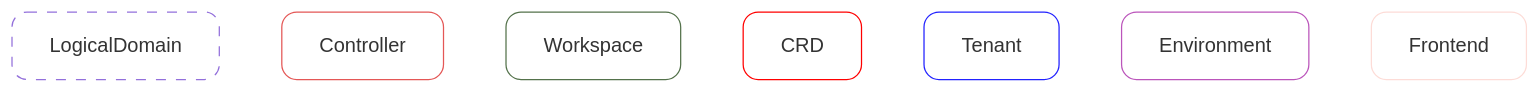
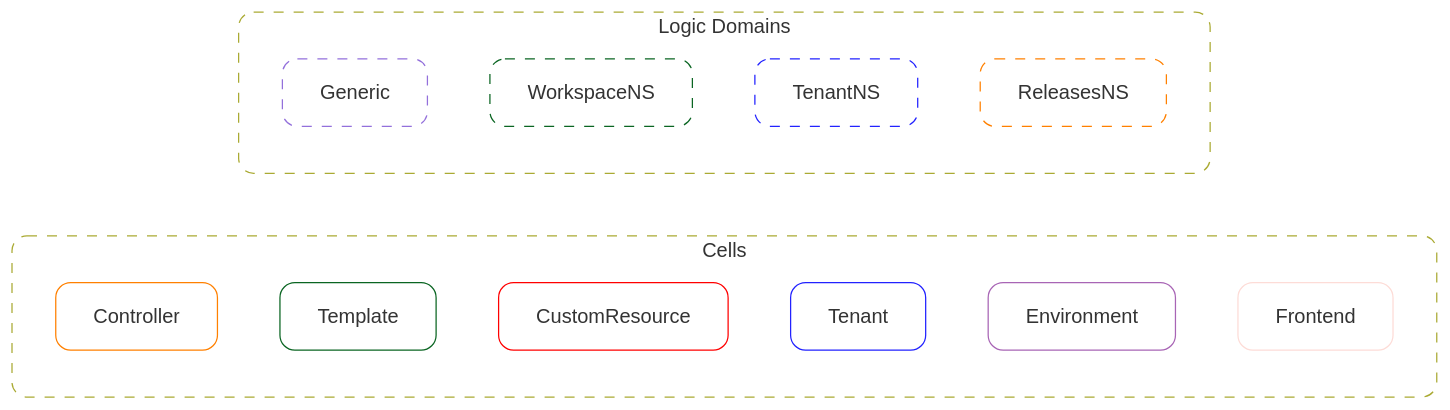
Before and after one commit to netgroup-polito/CrownLabs: the first of 8 diagrams in BIGPICTURE.md, drawn with Mermaid. The commit also changed other lines of this file, not shown here.

Commit message:
refactored of mermaid stiles

````diff
--- a/BIGPICTURE.md
+++ b/BIGPICTURE.md
@@ -3,30 +3,36 @@
 ```mermaid
 %% ==== OVERVIEW GRAPH ====
-flowchart TB
+flowchart LR
 
-LogicalDomain
-Controller
-Workspace
-CRD
-Tenant
-Environment
-Frontend
+subgraph Cells
+direction TB
+    Controller:::ControllerStyle
+    Template:::TemplateStyle
+    CustomResource:::CustomResourceStyle
+    Tenant:::TenantStyle
+    Environment:::EnvironmentStyle
+    Frontend:::FrontendStyle
+end
+subgraph Domains["Logic Domains"]
+direction TB
+    Generic:::GenericDomainStyle
+    WorkspaceNS:::WorkspaceNSStyle
+    TenantNS:::TenantNSStyle
+    ReleasesNS:::ReleasesNSStyle
+end
 
-%% Class Definitions - Border Styles (BS)
-classDef GenericDashedBS fill:none,rx:12,ry:12,stroke-dasharray:8
-classDef ControllerBS stroke:#E45756,rx:12,ry:12,fill:none
-classDef WorkspaceBS stroke:#54724B,rx:12,ry:12,fill:none
-classDef CustomResourceBS stroke:#FF0000,rx:12,ry:12,fill:none
-classDef TenantBS stroke:#2222FF,rx:12,ry:12,fill:none
-classDef EnvironmentBS stroke:#BB55BB,rx:12,ry:12,fill:none
-classDef FrontendBS stroke:#FDDCD7,rx:12,ry:12,fill:none
+%% Class Definitions
+classDef ControllerStyle stroke:#FF8000,rx:12,ry:12,fill:none
+classDef TemplateStyle stroke:#0A6522,rx:12,ry:12,fill:none
+classDef CustomResourceStyle stroke:#FF0000,rx:12,ry:12,fill:none
+classDef TenantStyle stroke:#2222FF,rx:12,ry:12,fill:none
+classDef EnvironmentStyle stroke:#A865B5,rx:12,ry:12,fill:none
+classDef FrontendStyle stroke:#FDDCD7,rx:12,ry:12,fill:none
 
-%% Class Applications
-class LogicalDomain GenericDashedBS
-class Controller ControllerBS
-class Workspace WorkspaceBS
-class CRD CustomResourceBS
-class Tenant TenantBS
-class Environment EnvironmentBS
-class Frontend FrontendBS
+classDef GenericDomainStyle fill:none,rx:12,ry:12,stroke-dasharray:8
+classDef WorkspaceNSStyle stroke:#0A6522,rx:12,ry:12,fill:none,stroke-dasharray:8
+classDef TenantNSStyle stroke:#2222FF,rx:12,ry:12,fill:none,stroke-dasharray:8
+classDef ReleasesNSStyle stroke:#FF8000,rx:12,ry:12,fill:none,stroke-dasharray:8
+
+class Cells,Domains GenericDomainStyle
 ```
````
